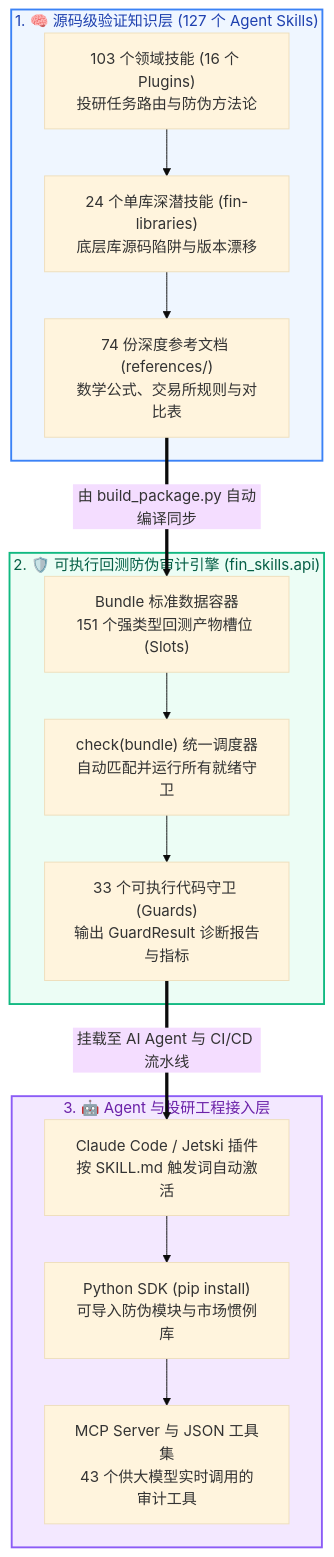
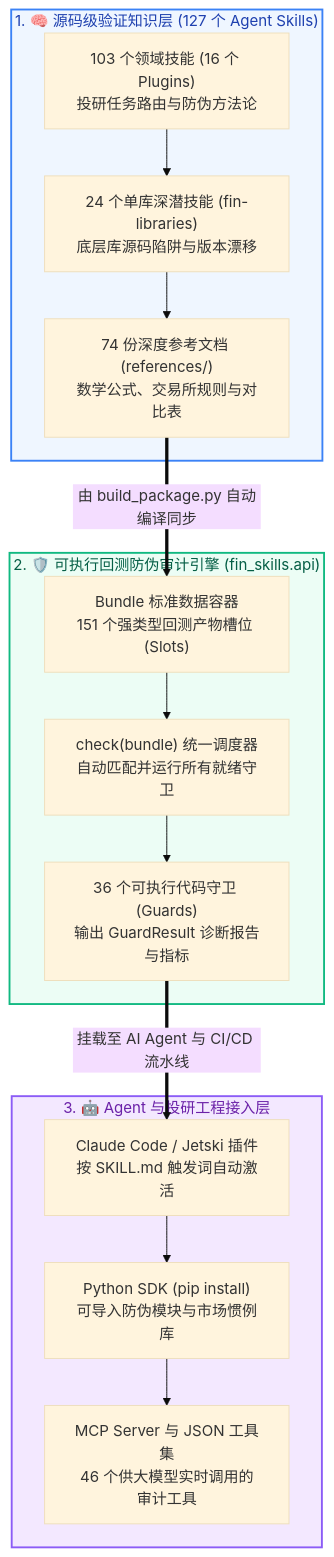
One commit to howard-lynn-ye/fin-skills changed the diagram in README_ZH.md. Above: the diagram before and after it, drawn with Mermaid (base theme). The commit also changed other lines of this file and 11 other files, not shown here.

````diff
--- a/README_ZH.md
+++ b/README_ZH.md
@@ -50,21 +50,21 @@
 ```mermaid
 flowchart TD
     subgraph TIER1 ["1. 🧠 源码级验证知识层 (127 个 Agent Skills)"]
         D1["103 个领域技能 (16 个 Plugins)<br/>投研任务路由与防伪方法论"] --> D2["24 个单库深潜技能 (fin-libraries)<br/>底层库源码陷阱与版本漂移"] --> D3["74 份深度参考文档 (references/)<br/>数学公式、交易所规则与对比表"]
     end
 
     subgraph TIER2 ["2. 🛡️ 可执行回测防伪审计引擎 (fin_skills.api)"]
-        E1["Bundle 标准数据容器<br/>151 个强类型回测产物槽位 (Slots)"] --> E2["check(bundle) 统一调度器<br/>自动匹配并运行所有就绪守卫"] --> E3["33 个可执行代码守卫 (Guards)<br/>输出 GuardResult 诊断报告与指标"]
+        E1["Bundle 标准数据容器<br/>151 个强类型回测产物槽位 (Slots)"] --> E2["check(bundle) 统一调度器<br/>自动匹配并运行所有就绪守卫"] --> E3["36 个可执行代码守卫 (Guards)<br/>输出 GuardResult 诊断报告与指标"]
     end
 
     subgraph TIER3 ["3. 🤖 Agent 与投研工程接入层"]
-        I1["Claude Code / Jetski 插件<br/>按 SKILL.md 触发词自动激活"] --> I2["Python SDK (pip install)<br/>可导入防伪模块与市场惯例库"] --> I3["MCP Server 与 JSON 工具集<br/>43 个供大模型实时调用的审计工具"]
+        I1["Claude Code / Jetski 插件<br/>按 SKILL.md 触发词自动激活"] --> I2["Python SDK (pip install)<br/>可导入防伪模块与市场惯例库"] --> I3["MCP Server 与 JSON 工具集<br/>46 个供大模型实时调用的审计工具"]
     end
 
     D3 ==>|由 build_package.py 自动编译同步| E1
     E3 ==>|挂载至 AI Agent 与 CI/CD 流水线| I1
 
     style TIER1 fill:#eff6ff,stroke:#3b82f6,stroke-width:2px,color:#1e40af
     style TIER2 fill:#ecfdf5,stroke:#10b981,stroke-width:2px,color:#065f46
     style TIER3 fill:#f3e8ff,stroke:#8b5cf6,stroke-width:2px,color:#6b21a8
 ```
````
